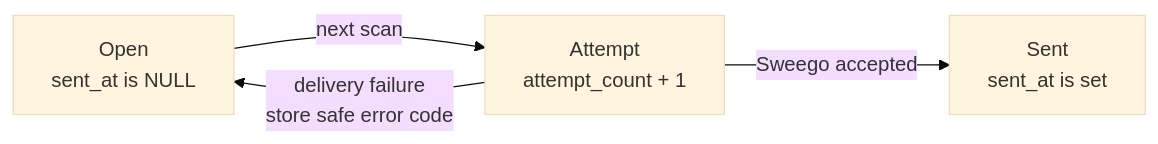
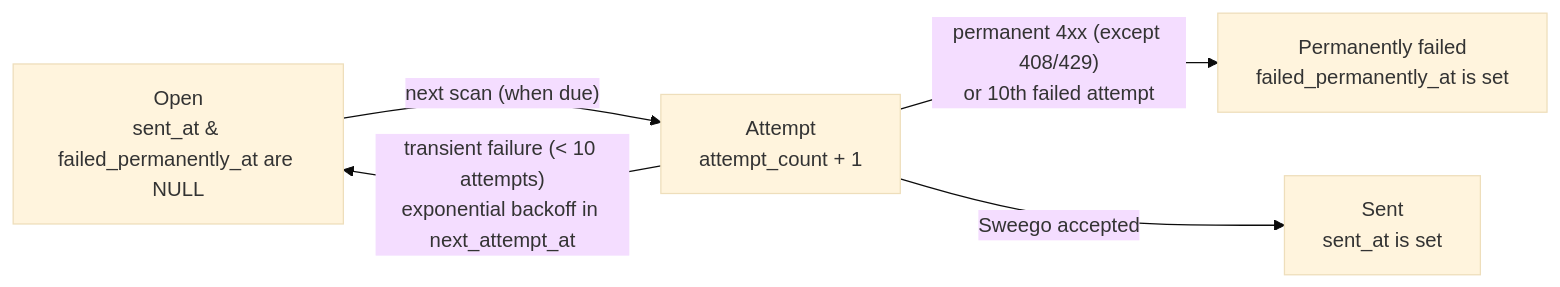
The second of 2 diagrams in docs/dev/backend/packages/email-package.md (bitstorm-tech/voenix-shop-kotlin), drawn with Mermaid (base theme) before and after one commit. The commit also changed other lines of this file and 35 other files, not shown here.

````diff
--- a/docs/dev/backend/packages/email-package.md
+++ b/docs/dev/backend/packages/email-package.md
@@ -255,10 +261,12 @@
 ```mermaid
 flowchart LR
-    Open["Open<br/>sent_at is NULL"]
+    Open["Open<br/>sent_at & failed_permanently_at are NULL"]
     Attempt["Attempt<br/>attempt_count + 1"]
     Sent["Sent<br/>sent_at is set"]
+    Failed["Permanently failed<br/>failed_permanently_at is set"]
 
-    Open -->|"next scan"| Attempt
-    Attempt -->|"delivery failure<br/>store safe error code"| Open
+    Open -->|"next scan (when due)"| Attempt
+    Attempt -->|"transient failure (< 10 attempts)<br/>exponential backoff in next_attempt_at"| Open
+    Attempt -->|"permanent 4xx (except 408/429)<br/>or 10th failed attempt"| Failed
     Attempt -->|"Sweego accepted"| Sent
 ```
````
